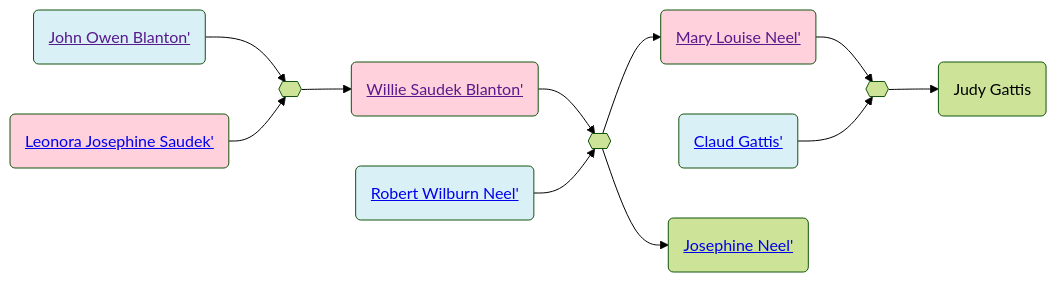
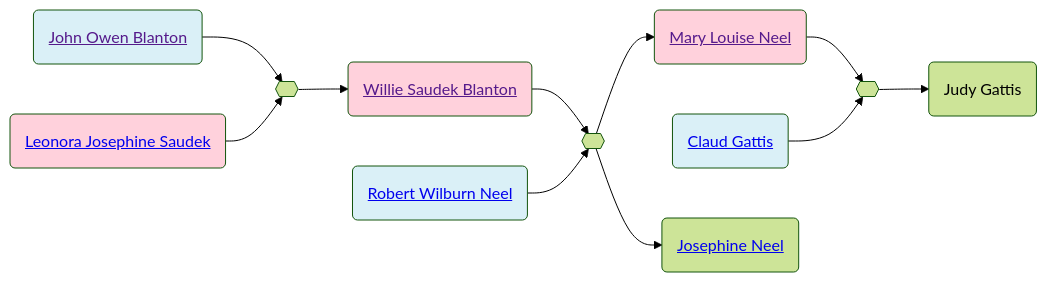
One commit to neelsmith/avocational changed the second of 2 diagrams in familyhistory/sources/people/Neel-line/Blanton-line/John_Owen_Blanton.qmd. Above: the diagram before and after it, drawn with Mermaid (forest theme). The commit also changed other lines of this file and 96 other files, not shown here.

````diff
--- a/familyhistory/sources/people/Neel-line/Blanton-line/John_Owen_Blanton.qmd
+++ b/familyhistory/sources/people/Neel-line/Blanton-line/John_Owen_Blanton.qmd
@@ -43,29 +43,29 @@
 ```{mermaid}
 graph LR
 %% LR descendant diagram
 class John_Owen_Blanton_and_Leonora_Josephine_Saudek marriage
-John_Owen_Blanton(<a href=''>John Owen Blanton'</>) --> John_Owen_Blanton_and_Leonora_Josephine_Saudek{{ }}
-Leonora_Josephine_Saudek(<a href='./Saudek-line/Leonora_Josephine_Saudek.html'>Leonora Josephine Saudek'</>) --> John_Owen_Blanton_and_Leonora_Josephine_Saudek{{ }}
+John_Owen_Blanton(<a href=''>John Owen Blanton</a>) --> John_Owen_Blanton_and_Leonora_Josephine_Saudek{{ }}
+Leonora_Josephine_Saudek(<a href='./Saudek-line/Leonora_Josephine_Saudek.html'>Leonora Josephine Saudek</a>) --> John_Owen_Blanton_and_Leonora_Josephine_Saudek{{ }}
 class John_Owen_Blanton father
 class Leonora_Josephine_Saudek mother
-John_Owen_Blanton_and_Leonora_Josephine_Saudek{{ }} --> Willie_Saudek_Blanton(<a href='./Willie_Saudek_Blanton.html'>Willie Saudek Blanton'</>)
+John_Owen_Blanton_and_Leonora_Josephine_Saudek{{ }} --> Willie_Saudek_Blanton(<a href='./Willie_Saudek_Blanton.html'>Willie Saudek Blanton</a>)
 class Willie_Saudek_Blanton_and_Robert_Wilburn_Neel marriage
-Willie_Saudek_Blanton(<a href=''>Willie Saudek Blanton'</>) --> Willie_Saudek_Blanton_and_Robert_Wilburn_Neel{{ }}
-Robert_Wilburn_Neel(<a href='./../Robert_Wilburn_Neel.html'>Robert Wilburn Neel'</>) --> Willie_Saudek_Blanton_and_Robert_Wilburn_Neel{{ }}
+Willie_Saudek_Blanton(<a href=''>Willie Saudek Blanton</a>) --> Willie_Saudek_Blanton_and_Robert_Wilburn_Neel{{ }}
+Robert_Wilburn_Neel(<a href='./../Robert_Wilburn_Neel.html'>Robert Wilburn Neel</a>) --> Willie_Saudek_Blanton_and_Robert_Wilburn_Neel{{ }}
 class Robert_Wilburn_Neel father
 class Willie_Saudek_Blanton mother
-Willie_Saudek_Blanton_and_Robert_Wilburn_Neel{{ }} --> Mary_Louise_Neel(<a href='./../Mary_Louise_Neel.html'>Mary Louise Neel'</>)
+Willie_Saudek_Blanton_and_Robert_Wilburn_Neel{{ }} --> Mary_Louise_Neel(<a href='./../Mary_Louise_Neel.html'>Mary Louise Neel</a>)
 class Mary_Louise_Neel_and_Claud_Gattis marriage
-Mary_Louise_Neel(<a href=''>Mary Louise Neel'</>) --> Mary_Louise_Neel_and_Claud_Gattis{{ }}
-Claud_Gattis(<a href='./../Gattis-line/Claud_Gattis.html'>Claud Gattis'</>) --> Mary_Louise_Neel_and_Claud_Gattis{{ }}
+Mary_Louise_Neel(<a href=''>Mary Louise Neel</a>) --> Mary_Louise_Neel_and_Claud_Gattis{{ }}
+Claud_Gattis(<a href='./../Gattis-line/Claud_Gattis.html'>Claud Gattis</a>) --> Mary_Louise_Neel_and_Claud_Gattis{{ }}
 class Claud_Gattis father
 class Mary_Louise_Neel mother
 Mary_Louise_Neel_and_Claud_Gattis{{ }} --> Judy_Gattis(Judy Gattis)
 class Robert_Wilburn_Neel father
 class Willie_Saudek_Blanton mother
-Willie_Saudek_Blanton_and_Robert_Wilburn_Neel{{ }} --> Josephine_Neel(<a href='./../Josephine_Neel.html'>Josephine Neel'</>)
+Willie_Saudek_Blanton_and_Robert_Wilburn_Neel{{ }} --> Josephine_Neel(<a href='./../Josephine_Neel.html'>Josephine Neel</a>)
 classDef mother fill:#ffd1dc
 classDef father fill:#daf0f7  
 classDef marriage fill:#ffffff
 
 ```
````
